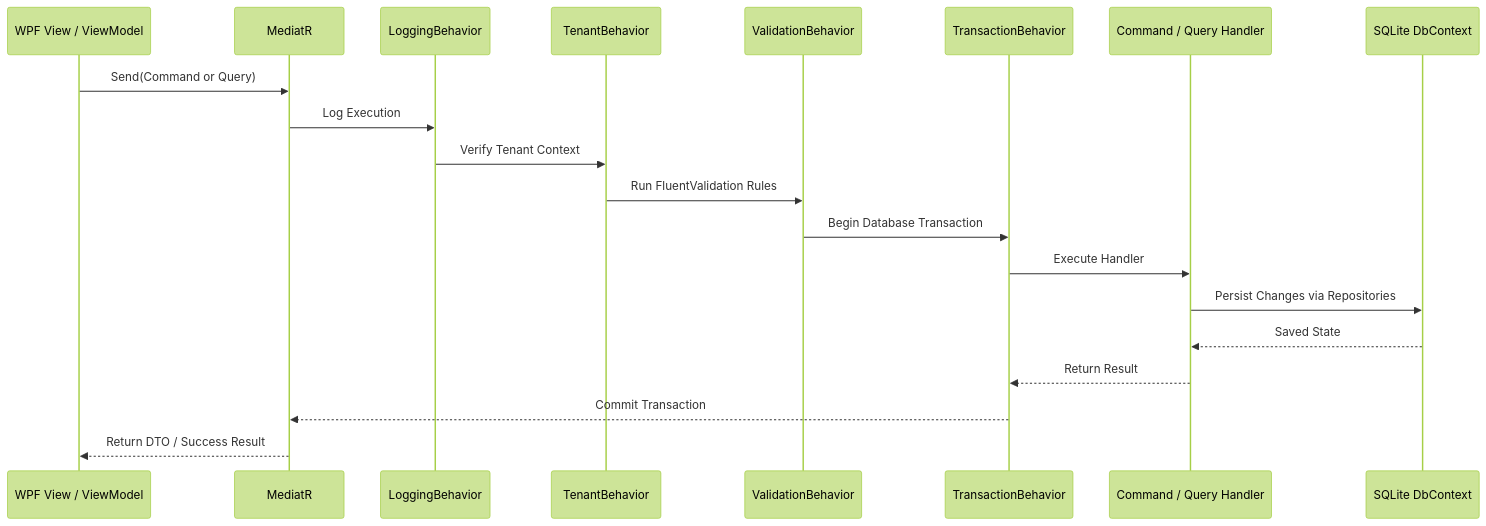
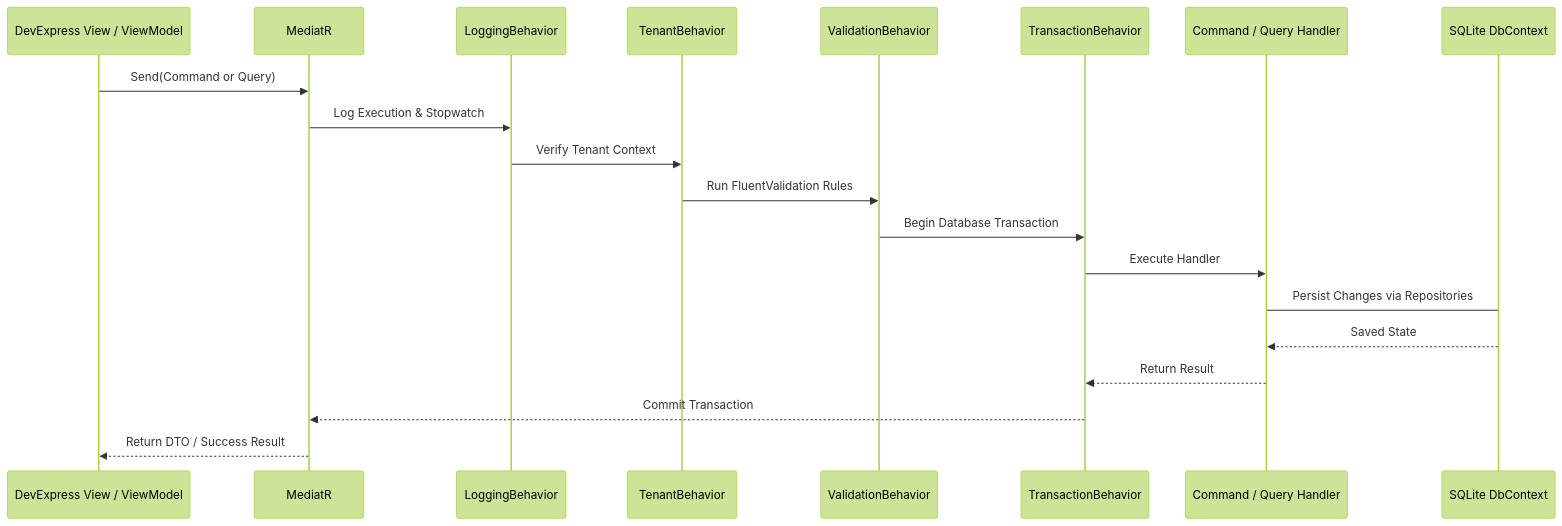
One commit to FatturaFacile/desktop changed the second of 2 diagrams in ARCHITECTURE.md. Above: the diagram before and after it, drawn with Mermaid (forest theme). The commit also changed other lines of this file and 791 other files, not shown here.

````diff
--- a/ARCHITECTURE.md
+++ b/ARCHITECTURE.md
@@ -44,23 +113,23 @@
 ```mermaid
 sequenceDiagram
-    participant UI as WPF View / ViewModel
+    participant UI as DevExpress View / ViewModel
     participant Med as MediatR
     participant Log as LoggingBehavior
     participant Ten as TenantBehavior
     participant Val as ValidationBehavior
     participant Tx as TransactionBehavior
     participant Hdl as Command / Query Handler
     participant DB as SQLite DbContext
 
     UI->>Med: Send(Command or Query)
-    Med->>Log: Log Execution
+    Med->>Log: Log Execution & Stopwatch
     Log->>Ten: Verify Tenant Context
     Ten->>Val: Run FluentValidation Rules
     Val->>Tx: Begin Database Transaction
     Tx->>Hdl: Execute Handler
-    Hdl->>DB: Persist Changes via Repositories
+    Hdl->DB: Persist Changes via Repositories
     DB-->>Hdl: Saved State
     Hdl-->>Tx: Return Result
     Tx-->>Med: Commit Transaction
     Med-->>UI: Return DTO / Success Result
 ```
````
